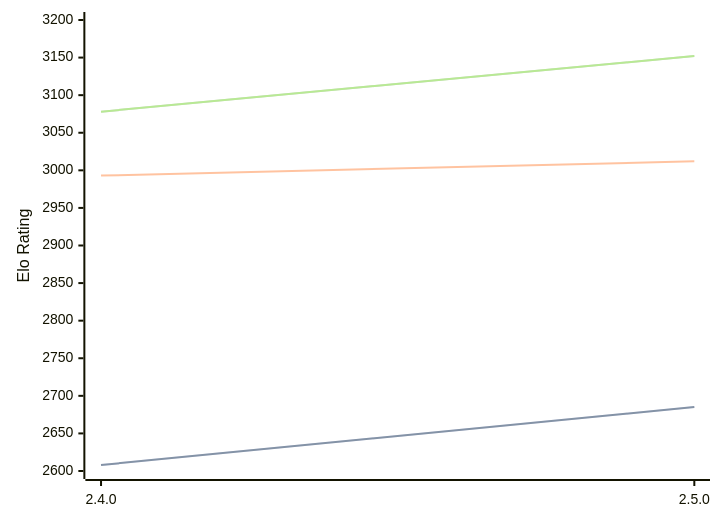
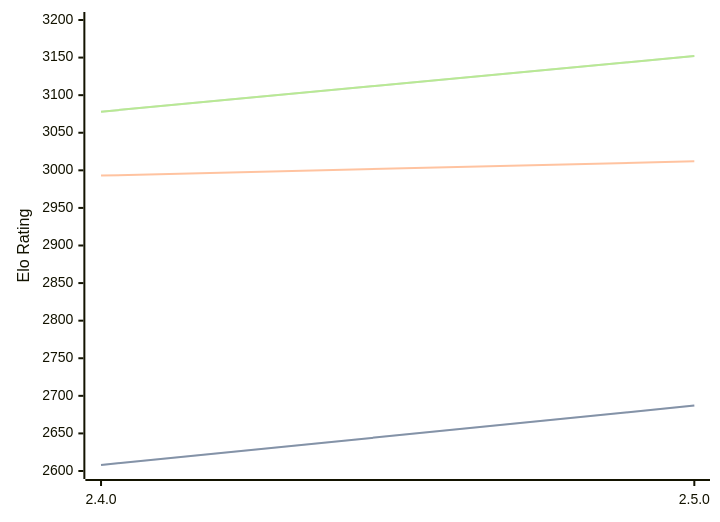
One commit to computer-chess-index/cci changed the diagram in engines/Sturddle2.md. Above: the diagram before and after it, drawn with Mermaid. The commit also changed other lines of this file, not shown here.

````diff
--- a/engines/Sturddle2.md
+++ b/engines/Sturddle2.md
@@ -37,11 +37,11 @@
 ```mermaid
 %%{init: {"theme":"base","themeVariables":{"seriesColors:['#a3a3a3','#222221','#faa371']}}}%%
 xychart-beta
   x-axis ["2.4.0", "2.5.0"]
   y-axis "Elo Rating" 2600 --> 3200
-  line "STC (8.0+0.08s)" [2608, 2685]
-  line "STC (8.0+0.08s)" [2608, 2685]
+  line "STC (8.0+0.08s)" [2608, 2687]
+  line "STC (8.0+0.08s)" [2608, 2687]
   line "LTC (60.0+0.60s)" [2993, 3012]
   line "VLTC (2m24s+1.12s)" [3078, 3152]
   line "VLTC (2m24s+1.12s)" [3078, 3152]
 ```
````
